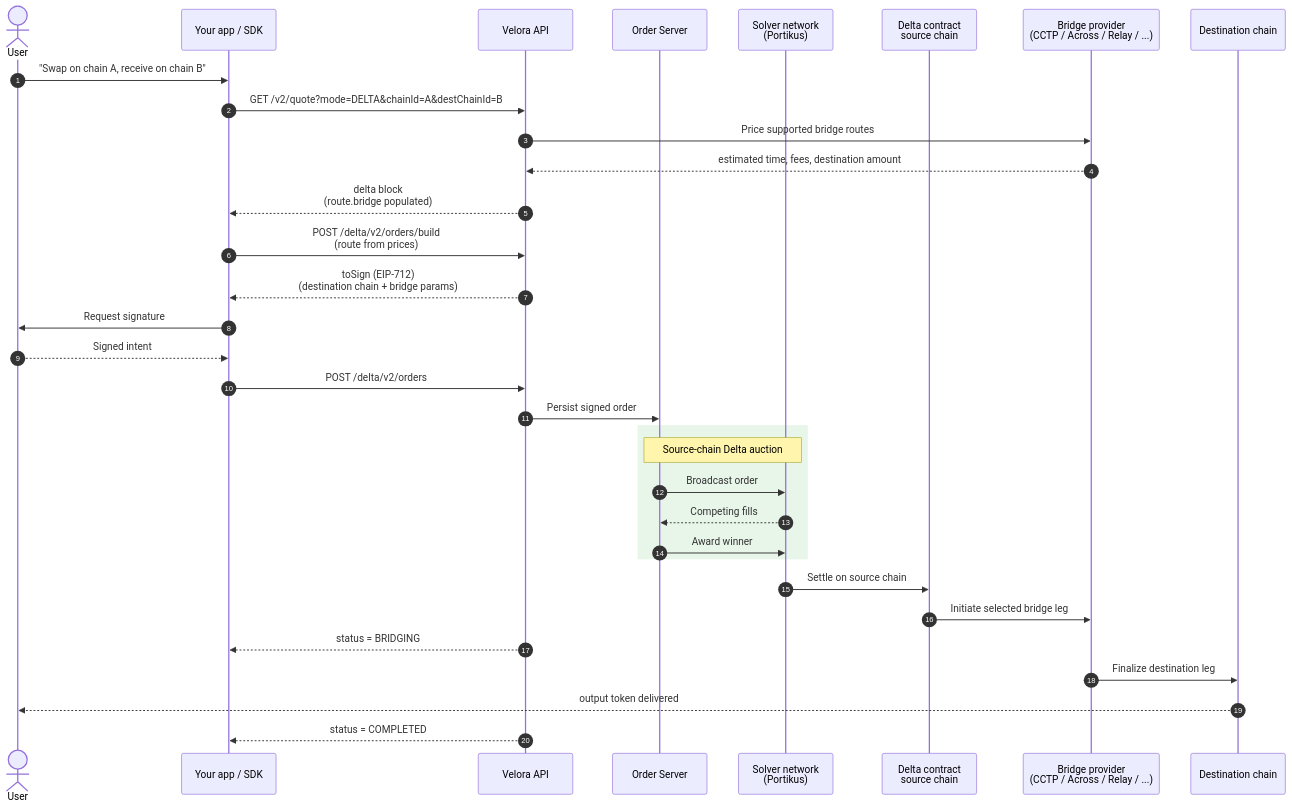
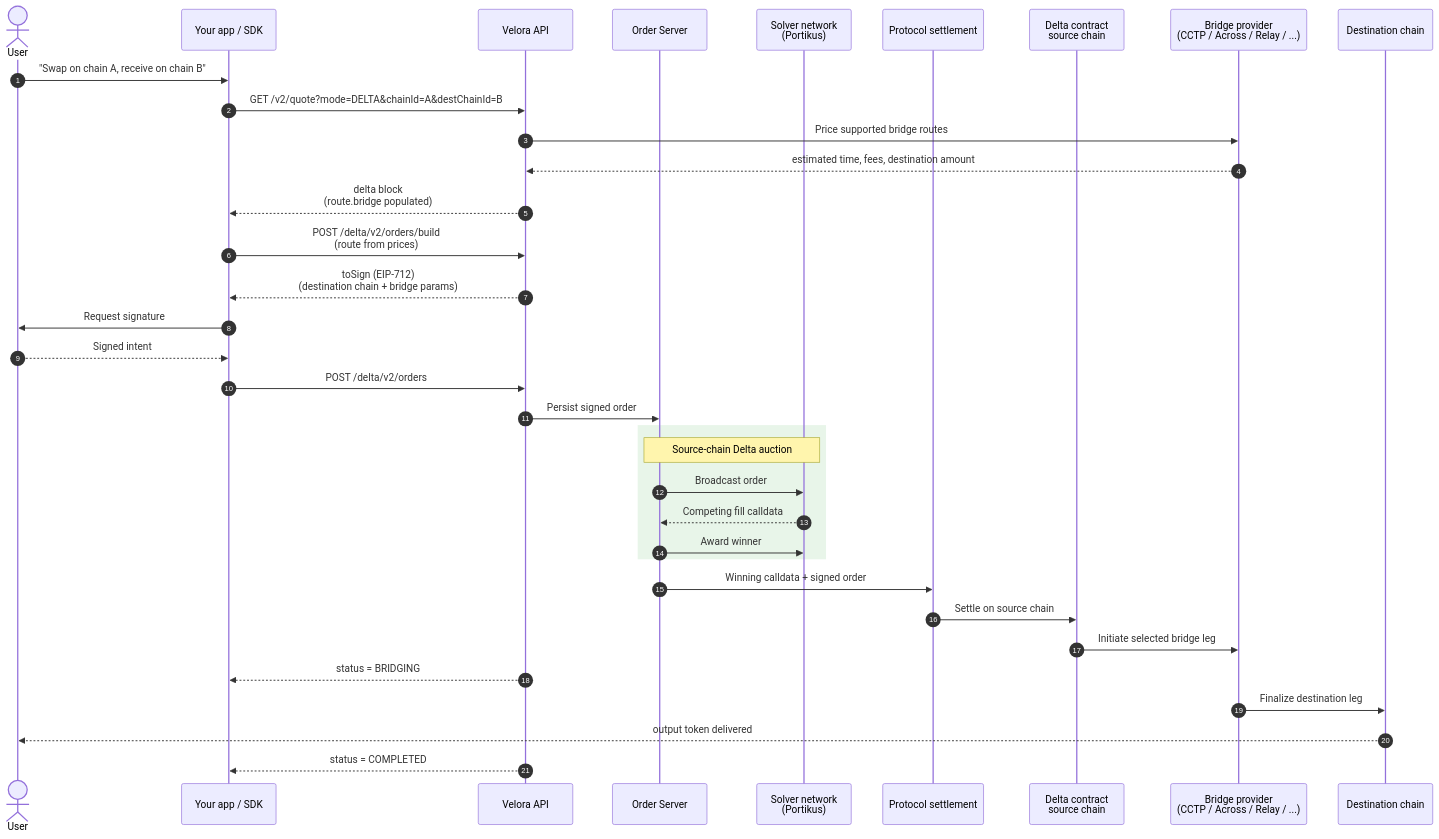
The diagram in delta/crosschain-delta.mdx (VeloraDEX/docs), drawn with Mermaid before and after one commit. The commit also changed other lines of this file and 15 other files, not shown here.

Commit message:
docs: clarify Delta settlement actor

````diff
--- a/delta/crosschain-delta.mdx
+++ b/delta/crosschain-delta.mdx
@@ -13,40 +13,42 @@
 ```mermaid
 sequenceDiagram
   autonumber
   actor User
   participant DApp as Your app / SDK
   participant API as Velora API
   participant OS as Order Server
   participant Solvers as Solver network<br/>(Portikus)
+  participant Settlement as Protocol settlement
   participant Delta as Delta contract<br/>source chain
   participant Bridge as Bridge provider<br/>(CCTP / Across / Relay / ...)
   participant Dest as Destination chain
 
   User->>DApp: "Swap on chain A, receive on chain B"
   DApp->>API: GET /v2/quote?mode=DELTA&chainId=A&destChainId=B
   API->>Bridge: Price supported bridge routes
   Bridge-->>API: estimated time, fees, destination amount
   API-->>DApp: delta block<br/>(route.bridge populated)
 
   DApp->>API: POST /delta/v2/orders/build<br/>(route from prices)
   API-->>DApp: toSign (EIP-712)<br/>(destination chain + bridge params)
   DApp->>User: Request signature
   User-->>DApp: Signed intent
   DApp->>API: POST /delta/v2/orders
   API->>OS: Persist signed order
 
   rect rgb(232, 245, 233)
     note over OS,Solvers: Source-chain Delta auction
     OS->>Solvers: Broadcast order
-    Solvers-->>OS: Competing fills
+    Solvers-->>OS: Competing fill calldata
     OS->>Solvers: Award winner
   end
 
-  Solvers->>Delta: Settle on source chain
+  OS->>Settlement: Winning calldata + signed order
+  Settlement->>Delta: Settle on source chain
   Delta->>Bridge: Initiate selected bridge leg
   API-->>DApp: status = BRIDGING
 
   Bridge->>Dest: Finalize destination leg
   Dest-->>User: output token delivered
   API-->>DApp: status = COMPLETED
 ```
````
